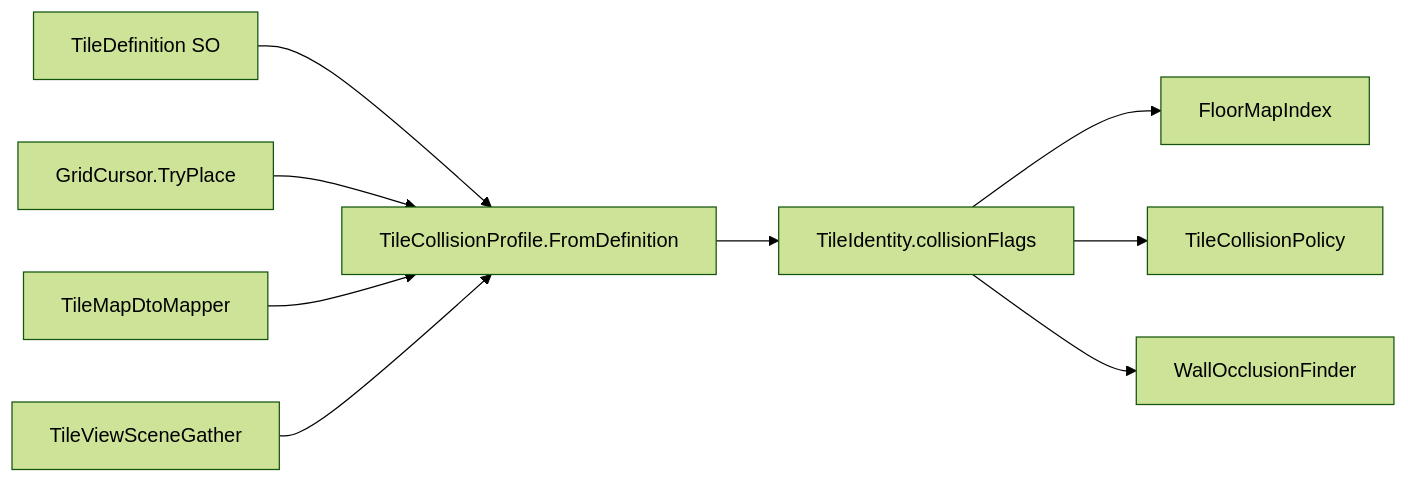
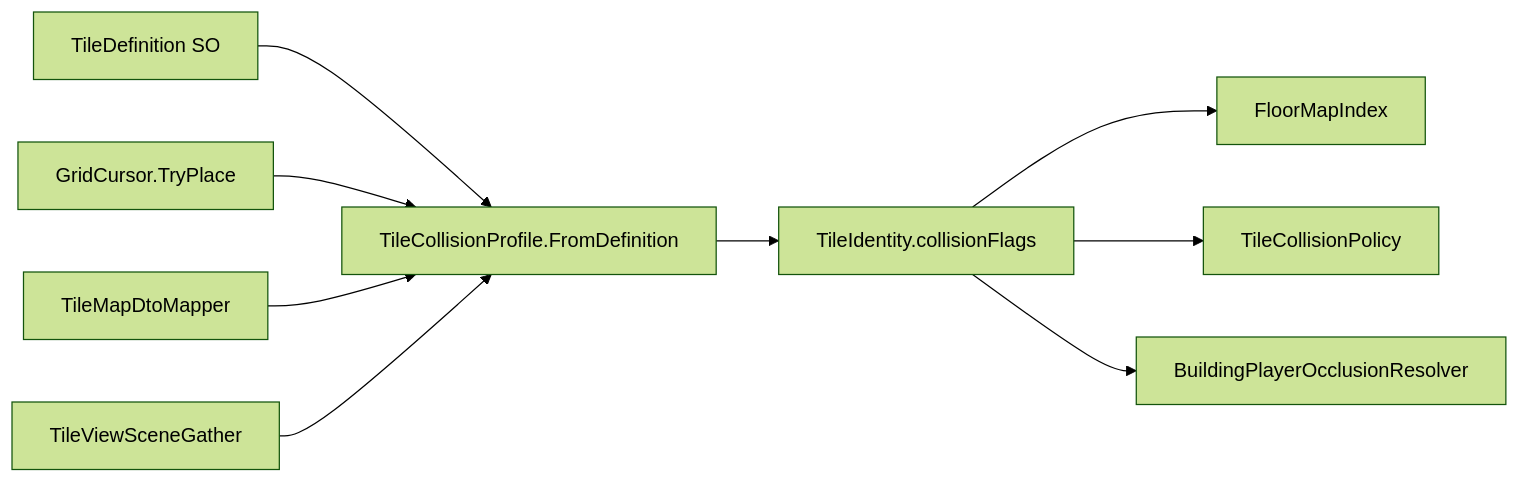
One commit to garunnir/Project_Pictureless changed the second of 2 diagrams in Assets/Dist/Scripts/Map/TileMap/TILEMAP.md. Above: the diagram before and after it, drawn with Mermaid (forest theme). The commit also changed other lines of this file and 56 other files, not shown here.

````diff
--- a/Assets/Dist/Scripts/Map/TileMap/TILEMAP.md
+++ b/Assets/Dist/Scripts/Map/TileMap/TILEMAP.md
@@ -135,18 +135,18 @@
 ```mermaid
 flowchart LR
     Def[TileDefinition SO]
     Bake[TileCollisionProfile.FromDefinition]
     Identity[TileIdentity.collisionFlags]
     GridCursor[GridCursor.TryPlace]
     DtoMapper[TileMapDtoMapper]
     SceneGather[TileViewSceneGather]
 
     Def --> Bake
     GridCursor --> Bake
     DtoMapper --> Bake
     SceneGather --> Bake
     Bake --> Identity
     Identity --> FloorMapIndex
     Identity --> TileCollisionPolicy
-    Identity --> WallOcclusionFinder
+    Identity --> BuildingOcclusion[BuildingPlayerOcclusionResolver]
 ```
````
